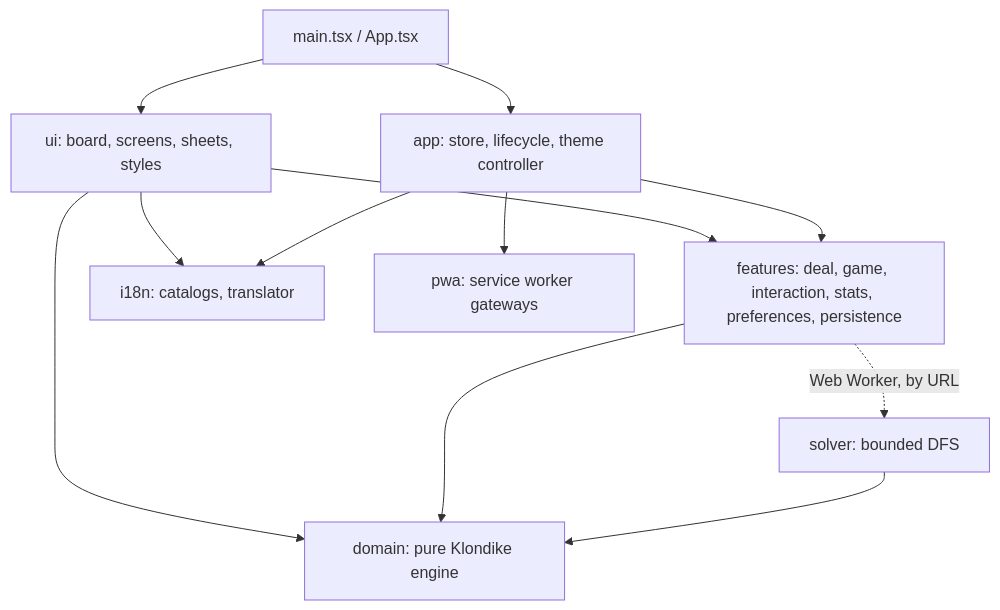
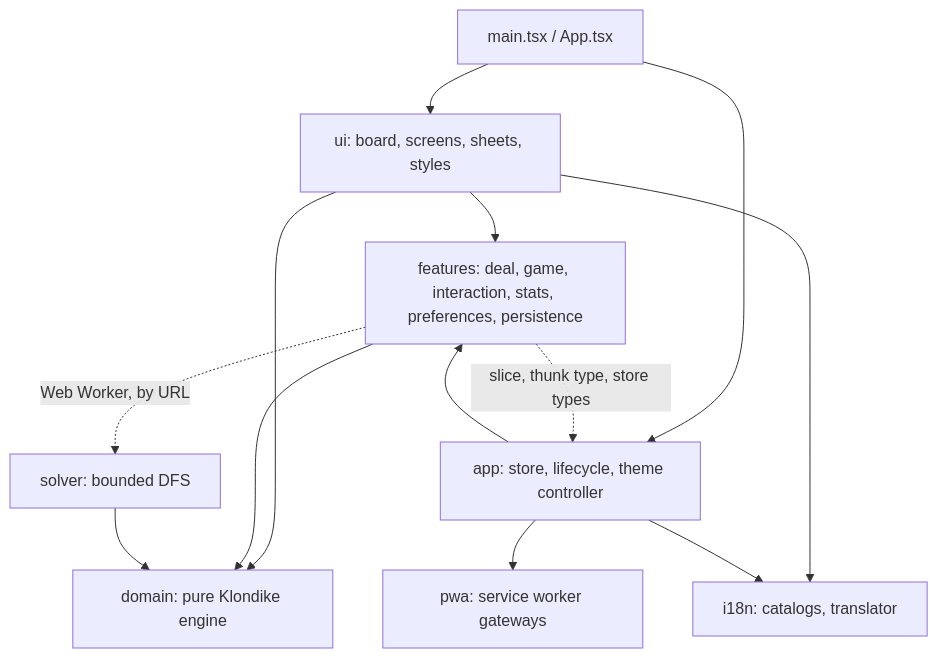
Before and after one commit to sanyokkua/solitaire: the diagram in docs/architecture/overview.md, drawn with Mermaid. The commit also changed other lines of this file and 4 other files, not shown here.

First line of the commit message:
test: guard the features to app import direction

````diff
--- a/docs/architecture/overview.md
+++ b/docs/architecture/overview.md
@@ -8,17 +8,18 @@
 ```mermaid
 flowchart TD
     main["main.tsx / App.tsx"] --> ui
     main --> app
     ui["ui: board, screens, sheets, styles"] --> features
     ui --> i18n
     ui --> domain
     app["app: store, lifecycle, theme controller"] --> features
     app --> pwa
     app --> i18n
     features["features: deal, game, interaction, stats, preferences, persistence"] --> domain
+    features -. "slice, thunk type, store types" .-> app
     features -. "Web Worker, by URL" .-> solver
     solver["solver: bounded DFS"] --> domain
     domain["domain: pure Klondike engine"]
     i18n["i18n: catalogs, translator"]
     pwa["pwa: service worker gateways"]
 ```
````
